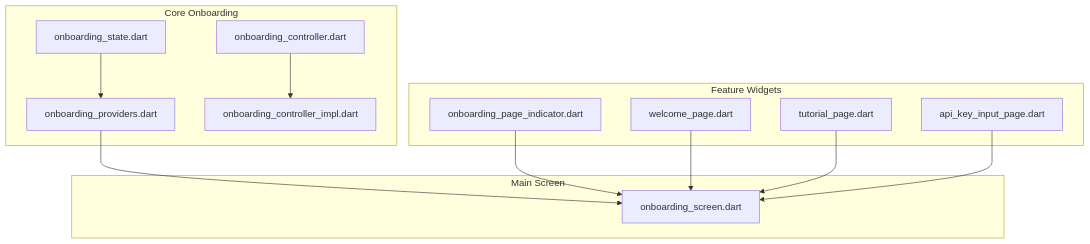
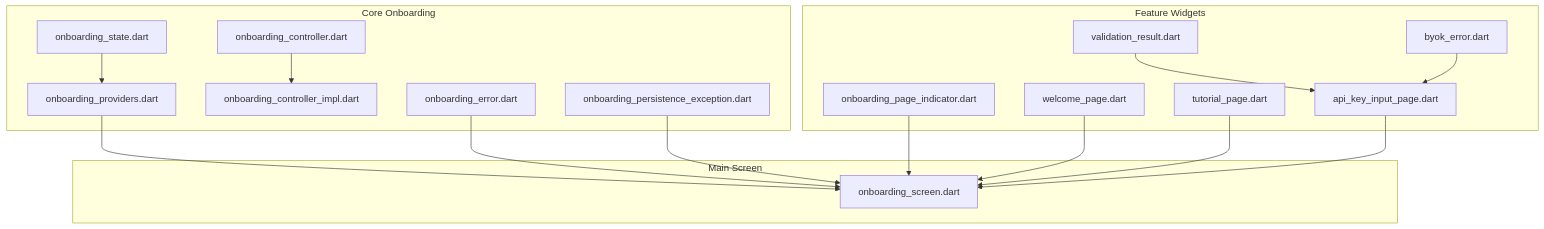
One commit to JAaron93/StyleSync changed the first of 6 diagrams in .qoder/repowiki/en/content/Feature Implementation/Onboarding System/Onboarding Screen.md. Above: the diagram before and after it, drawn with Mermaid. The commit also changed other lines of this file and 36 other files, not shown here.

````diff
--- a/.qoder/repowiki/en/content/Feature Implementation/Onboarding System/Onboarding Screen.md
+++ b/.qoder/repowiki/en/content/Feature Implementation/Onboarding System/Onboarding Screen.md
@@ -38,25 +53,33 @@
 ```mermaid
 graph TB
 subgraph "Core Onboarding"
 A[onboarding_state.dart]
 B[onboarding_providers.dart]
 C[onboarding_controller.dart]
 D[onboarding_controller_impl.dart]
+E[onboarding_error.dart]
+F[onboarding_persistence_exception.dart]
 end
 subgraph "Feature Widgets"
-E[onboarding_page_indicator.dart]
-F[welcome_page.dart]
-G[tutorial_page.dart]
-H[api_key_input_page.dart]
+G[onboarding_page_indicator.dart]
+H[welcome_page.dart]
+I[tutorial_page.dart]
+J[api_key_input_page.dart]
+K[validation_result.dart]
+L[byok_error.dart]
 end
 subgraph "Main Screen"
-I[onboarding_screen.dart]
+M[onboarding_screen.dart]
 end
 A --> B
 C --> D
-B --> I
-E --> I
-F --> I
-G --> I
-H --> I
+B --> M
+E --> M
+F --> M
+G --> M
+H --> M
+I --> M
+J --> M
+K --> J
+L --> J
 ```
````
